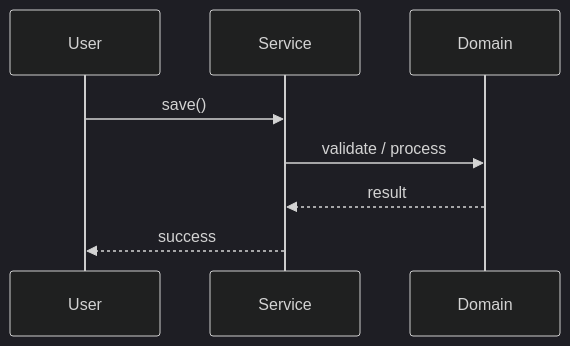
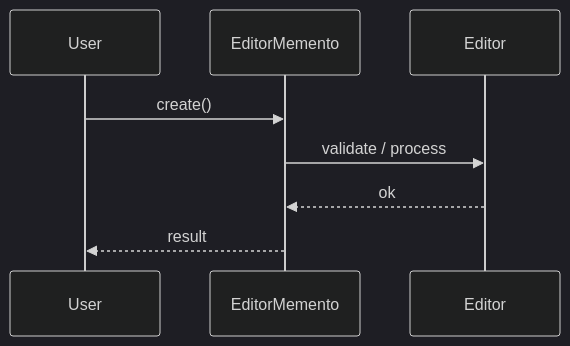
One commit to madhupaila/Interview-Prep-SSE changed the second of 3 diagrams in Learn/System Design - Low Level Design/03-design-patterns/questions/Q20-memento-text-editor.md. Above: the diagram before and after it, drawn with Mermaid (dark theme). The commit also changed other lines of this file and 491 other files, not shown here.

````diff
--- a/Learn/System Design - Low Level Design/03-design-patterns/questions/Q20-memento-text-editor.md
+++ b/Learn/System Design - Low Level Design/03-design-patterns/questions/Q20-memento-text-editor.md
@@ -120,10 +147,10 @@
 ```mermaid
 sequenceDiagram
-    participant U as User
-    participant S as Service
-    participant D as Domain
-    U->>S: save()
-    S->>D: validate / process
-    D-->>S: result
-    S-->>U: success
+participant U as User
+participant S as EditorMemento
+participant D as Editor
+U->>S: create()
+S->>D: validate / process
+D-->>S: ok
+S-->>U: result
 ```
````
